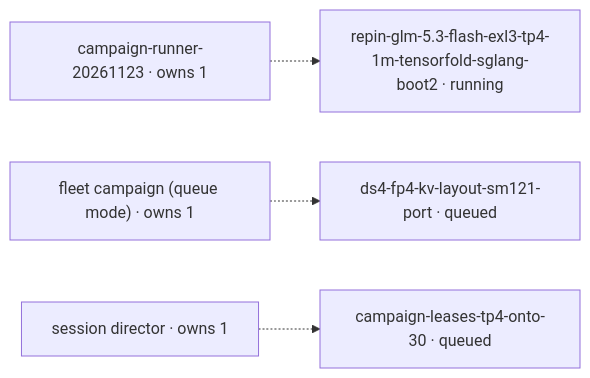
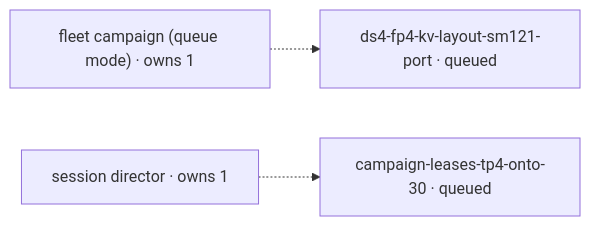
One commit to littlecedar/sparkrun-recipe-registry changed the diagram in mad-science/STATUS.md. Above: the diagram before and after it, drawn with Mermaid. The commit also changed other lines of this file, not shown here.

````diff
--- a/mad-science/STATUS.md
+++ b/mad-science/STATUS.md
@@ -22,14 +22,11 @@
 ```mermaid
 flowchart LR
-  %% 0 blocked, 0 blocker edge(s), 3 drained by campaign-runner-20261123 (1), fleet campaign (queue mode) (1), session director (1)
-  r1["campaign-runner-20261123 · owns 1"]
-  r2["fleet campaign (queue mode) · owns 1"]
-  r3["session director · owns 1"]
+  %% 0 blocked, 0 blocker edge(s), 2 drained by fleet campaign (queue mode) (1), session director (1)
+  r1["fleet campaign (queue mode) · owns 1"]
+  r2["session director · owns 1"]
   t1["campaign-leases-tp4-onto-30 · queued"]
   t2["ds4-fp4-kv-layout-sm121-port · queued"]
-  t3["repin-glm-5.3-flash-exl3-tp4-1m-tensorfold-sglang-boot2 · running"]
-  r1 -.-> t3
-  r2 -.-> t2
-  r3 -.-> t1
+  r1 -.-> t2
+  r2 -.-> t1
   classDef no-recorded-edge stroke-dasharray: 4 3
 ```
````
